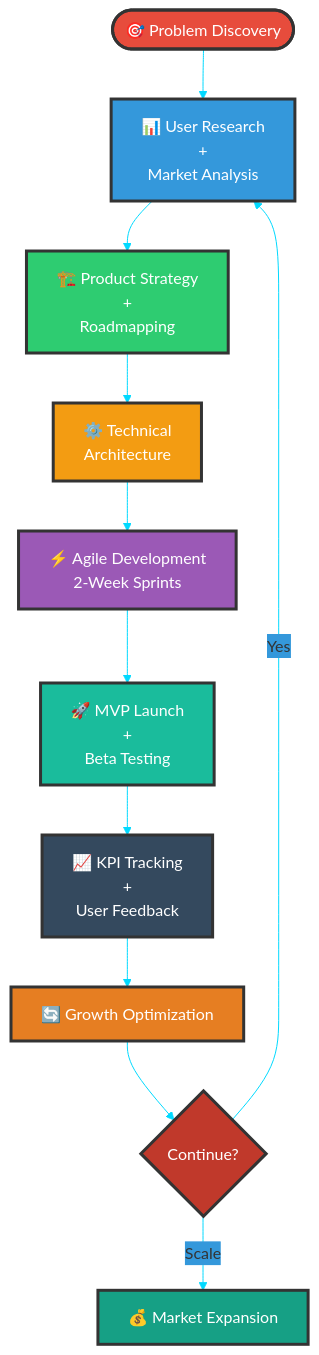
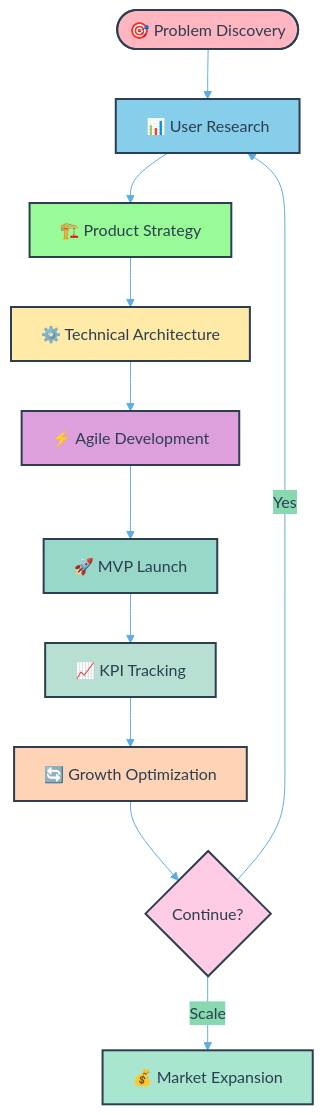
The second of 3 diagrams in README.md (VIKAS9793/VIKAS9793), drawn with Mermaid before and after one commit. The commit also changed other lines of this file, not shown here.

Commit message:
style: Update mermaid diagrams with soft pastel colors for better text visibility

````diff
--- a/README.md
+++ b/README.md
@@ -428,25 +427,25 @@
 ```mermaid
-%%{init: {'theme':'base', 'themeVariables': {'primaryColor':'#2ecc71','secondaryColor':'#3498db','tertiaryColor':'#e74c3c','primaryTextColor':'#333','secondaryTextColor':'#333','tertiaryTextColor':'#333','lineColor':'#00D9FF','fontSize':'16px'}}}%%
+%%{init: {'theme':'base', 'themeVariables': {'primaryColor':'#A8E6CF','secondaryColor':'#88D8B0','tertiaryColor':'#FFD3B6','primaryTextColor':'#2C3E50','lineColor':'#5DADE2','fontSize':'16px'}}}%%
 flowchart TB
-    Start([🎯 Problem Discovery]) --> Research[📊 User Research<br/>+<br/>Market Analysis]
-    Research --> Strategy[🏗️ Product Strategy<br/>+<br/>Roadmapping]
-    Strategy --> Tech[⚙️ Technical<br/>Architecture]
-    Tech --> Sprint[⚡ Agile Development<br/>2-Week Sprints]
-    Sprint --> MVP[🚀 MVP Launch<br/>+<br/>Beta Testing]
-    MVP --> Metrics[📈 KPI Tracking<br/>+<br/>User Feedback]
+    Start([🎯 Problem Discovery]) --> Research[📊 User Research]
+    Research --> Strategy[🏗️ Product Strategy]
+    Strategy --> Tech[⚙️ Technical Architecture]
+    Tech --> Sprint[⚡ Agile Development]
+    Sprint --> MVP[🚀 MVP Launch]
+    MVP --> Metrics[📈 KPI Tracking]
     Metrics --> Optimize[🔄 Growth Optimization]
     Optimize --> Iterate{Continue?}
     Iterate -->|Yes| Research
     Iterate -->|Scale| Scale[💰 Market Expansion]
     
-    style Start fill:#e74c3c,stroke:#333,stroke-width:3px,color:#fff
-    style Research fill:#3498db,stroke:#333,stroke-width:3px,color:#fff
-    style Strategy fill:#2ecc71,stroke:#333,stroke-width:3px,color:#fff
-    style Tech fill:#f39c12,stroke:#333,stroke-width:3px,color:#fff
-    style Sprint fill:#9b59b6,stroke:#333,stroke-width:3px,color:#fff
-    style MVP fill:#1abc9c,stroke:#333,stroke-width:3px,color:#fff
-    style Metrics fill:#34495e,stroke:#333,stroke-width:3px,color:#fff
-    style Optimize fill:#e67e22,stroke:#333,stroke-width:3px,color:#fff
-    style Iterate fill:#c0392b,stroke:#333,stroke-width:3px,color:#fff
-    style Scale fill:#16a085,stroke:#333,stroke-width:3px,color:#fff
+    style Start fill:#FFB6C1,stroke:#2C3E50,stroke-width:2px,color:#2C3E50
+    style Research fill:#87CEEB,stroke:#2C3E50,stroke-width:2px,color:#2C3E50
+    style Strategy fill:#98FB98,stroke:#2C3E50,stroke-width:2px,color:#2C3E50
+    style Tech fill:#FFEAA7,stroke:#2C3E50,stroke-width:2px,color:#2C3E50
+    style Sprint fill:#DDA0DD,stroke:#2C3E50,stroke-width:2px,color:#2C3E50
+    style MVP fill:#98D8C8,stroke:#2C3E50,stroke-width:2px,color:#2C3E50
+    style Metrics fill:#B8E0D2,stroke:#2C3E50,stroke-width:2px,color:#2C3E50
+    style Optimize fill:#FFD3B6,stroke:#2C3E50,stroke-width:2px,color:#2C3E50
+    style Iterate fill:#FFCCE5,stroke:#2C3E50,stroke-width:2px,color:#2C3E50
+    style Scale fill:#A8E6CF,stroke:#2C3E50,stroke-width:2px,color:#2C3E50
 ```
````
